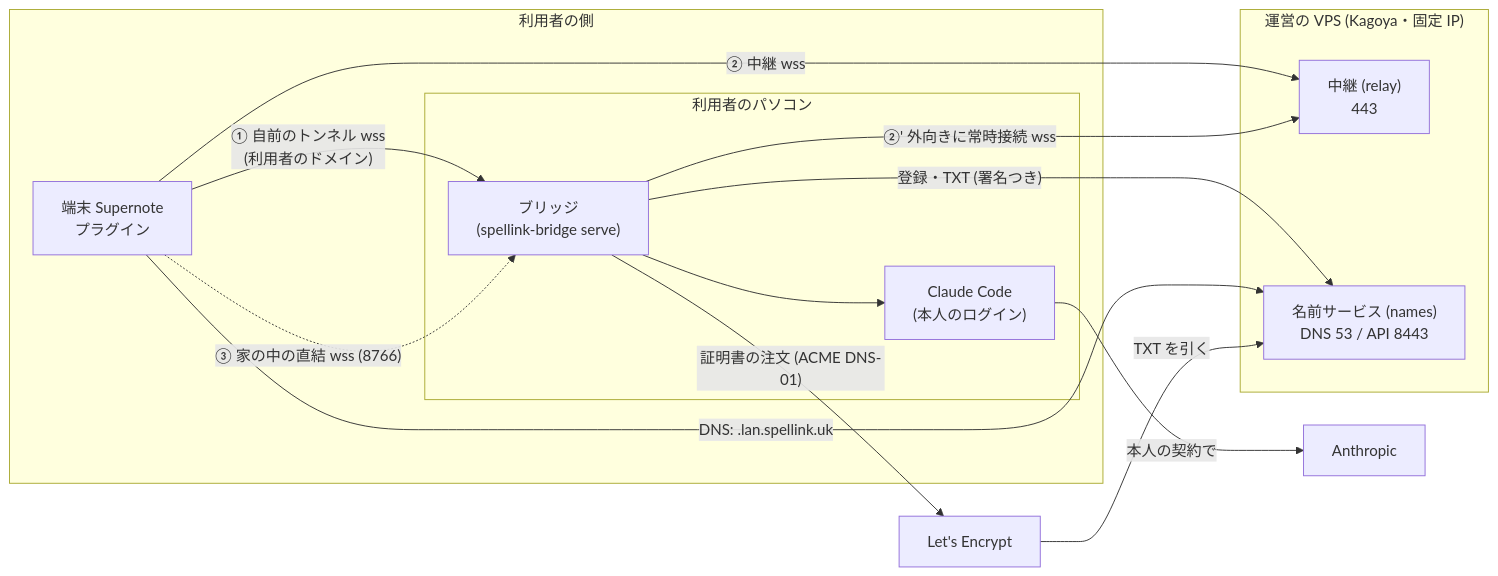
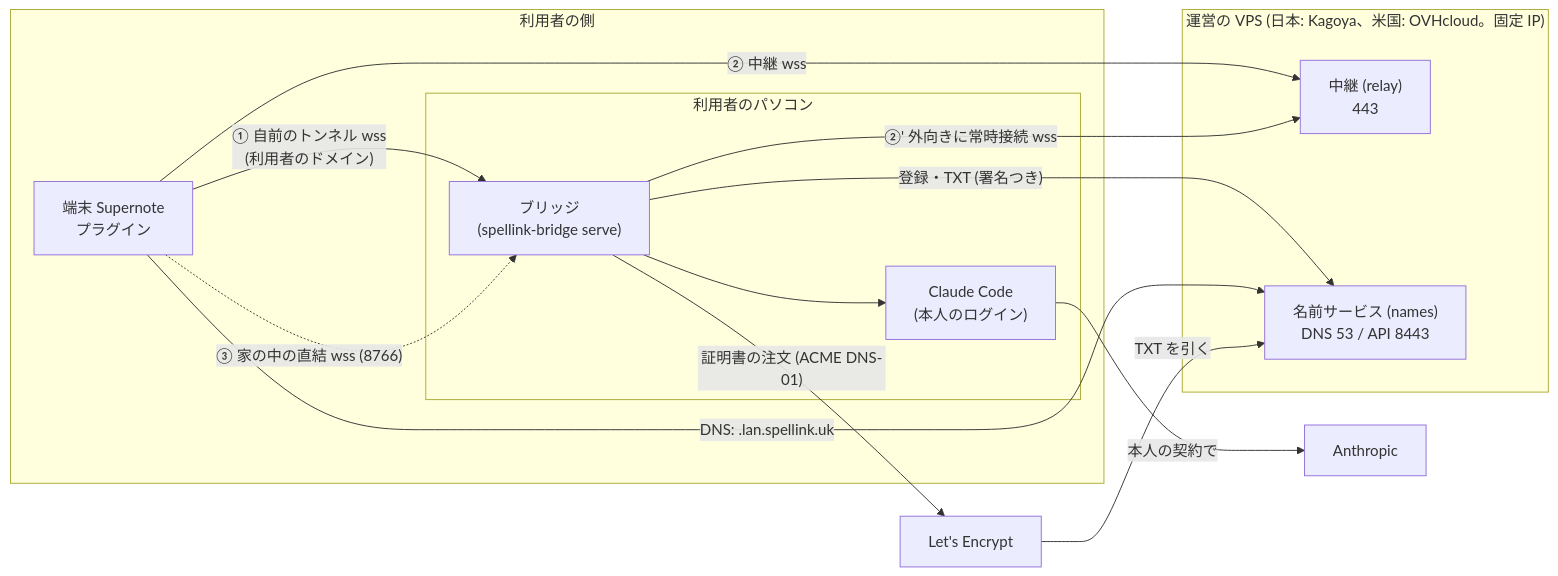
One commit to DaisukeMatsuoh/Spellink changed the first of 3 diagrams in docs/guides/architecture.md. Above: the diagram before and after it, drawn with Mermaid. The commit also changed other lines of this file and 9 other files, not shown here.

Commit message:
docs: bring progress, README, operations, architecture and guides up to date (regions, quota, measurement, pairing, gitleaks); compose takes the relay's name and the infra IDs

````diff
--- a/docs/guides/architecture.md
+++ b/docs/guides/architecture.md
@@ -23,27 +23,27 @@
 ```mermaid
 flowchart LR
   subgraph User["利用者の側"]
     D["端末 Supernote<br/>プラグイン"]
     subgraph PC["利用者のパソコン"]
       B["ブリッジ<br/>(spellink-bridge serve)"]
       C["Claude Code<br/>(本人のログイン)"]
       B --> C
     end
   end
-  subgraph Ops["運営の VPS (Kagoya・固定 IP)"]
+  subgraph Ops["運営の VPS (日本: Kagoya、米国: OVHcloud。固定 IP)"]
     R["中継 (relay)<br/>443"]
     N["名前サービス (names)<br/>DNS 53 / API 8443"]
   end
   LE["Let's Encrypt"]
   AI["Anthropic"]
 
   D -- "① 自前のトンネル wss<br/>(利用者のドメイン)" --> B
   D -- "② 中継 wss" --> R
   B -- "②' 外向きに常時接続 wss" --> R
   D -. "③ 家の中の直結 wss (8766)" .-> B
   B -- "登録・TXT (署名つき)" --> N
   D -- "DNS: <id>.lan.spellink.uk" --> N
   B -- "証明書の注文 (ACME DNS-01)" --> LE
   LE -- "TXT を引く" --> N
   C -- "本人の契約で" --> AI
 ```
````
